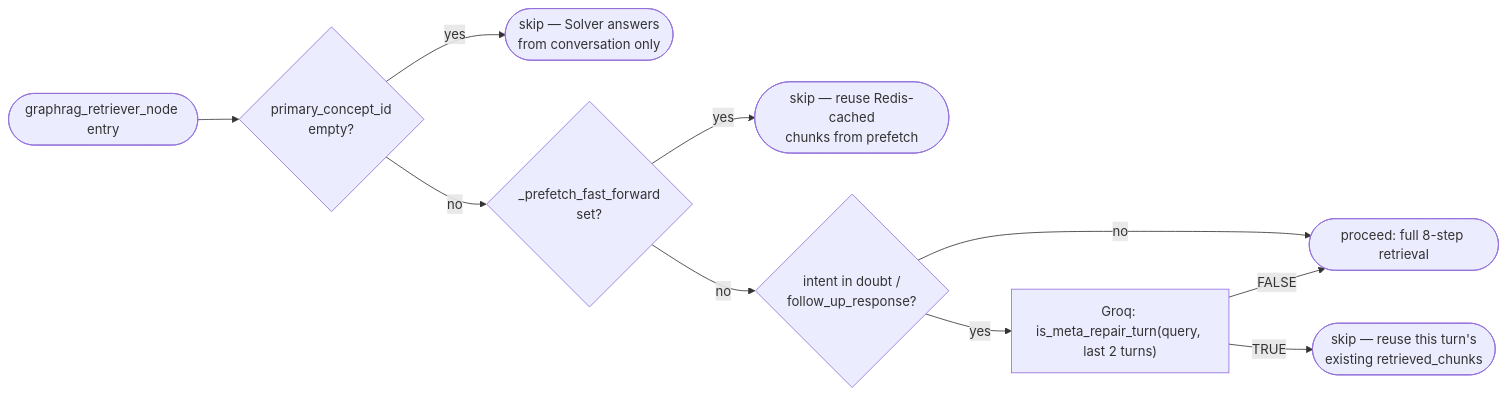
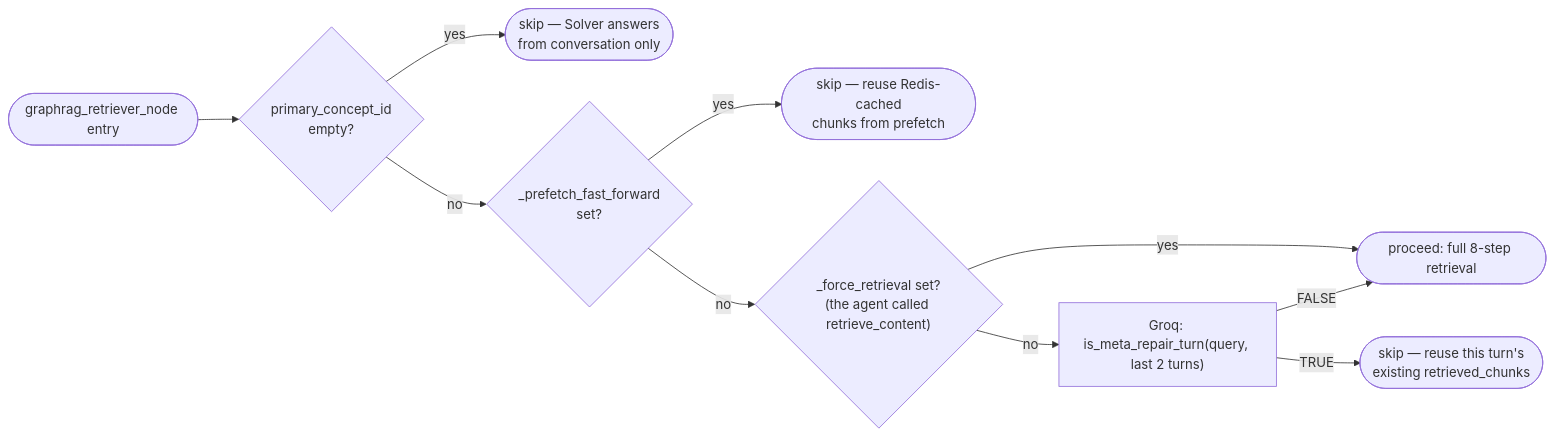
Before and after one commit to KodeinKGP-Technology-Web-3-0-Society/Aeropt-Agent: the third of 9 diagrams in README.md, drawn with Mermaid. The commit also changed other lines of this file, not shown here.

First line of the commit message:
docs(agent): rewrite the README for the agent architecture

````diff
--- a/README.md
+++ b/README.md
@@ -287,12 +415,12 @@
 ```mermaid
 flowchart LR
     A([graphrag_retriever_node entry]) --> B{primary_concept_id<br/>empty?}
     B -->|yes| SKIP1([skip — Solver answers<br/>from conversation only])
     B -->|no| C{_prefetch_fast_forward<br/>set?}
     C -->|yes| SKIP2([skip — reuse Redis-cached<br/>chunks from prefetch])
-    C -->|no| D{intent in doubt /<br/>follow_up_response?}
-    D -->|no| RETRIEVE([proceed: full 8-step retrieval])
-    D -->|yes| E["Groq: is_meta_repair_turn(query, last 2 turns)"]
+    C -->|no| D{"_force_retrieval set?<br/>(the agent called retrieve_content)"}
+    D -->|yes| RETRIEVE([proceed: full 8-step retrieval])
+    D -->|no| E["Groq: is_meta_repair_turn(query, last 2 turns)"]
     E -->|TRUE| SKIP3([skip — reuse this turn's<br/>existing retrieved_chunks])
     E -->|FALSE| RETRIEVE
 ```
````
